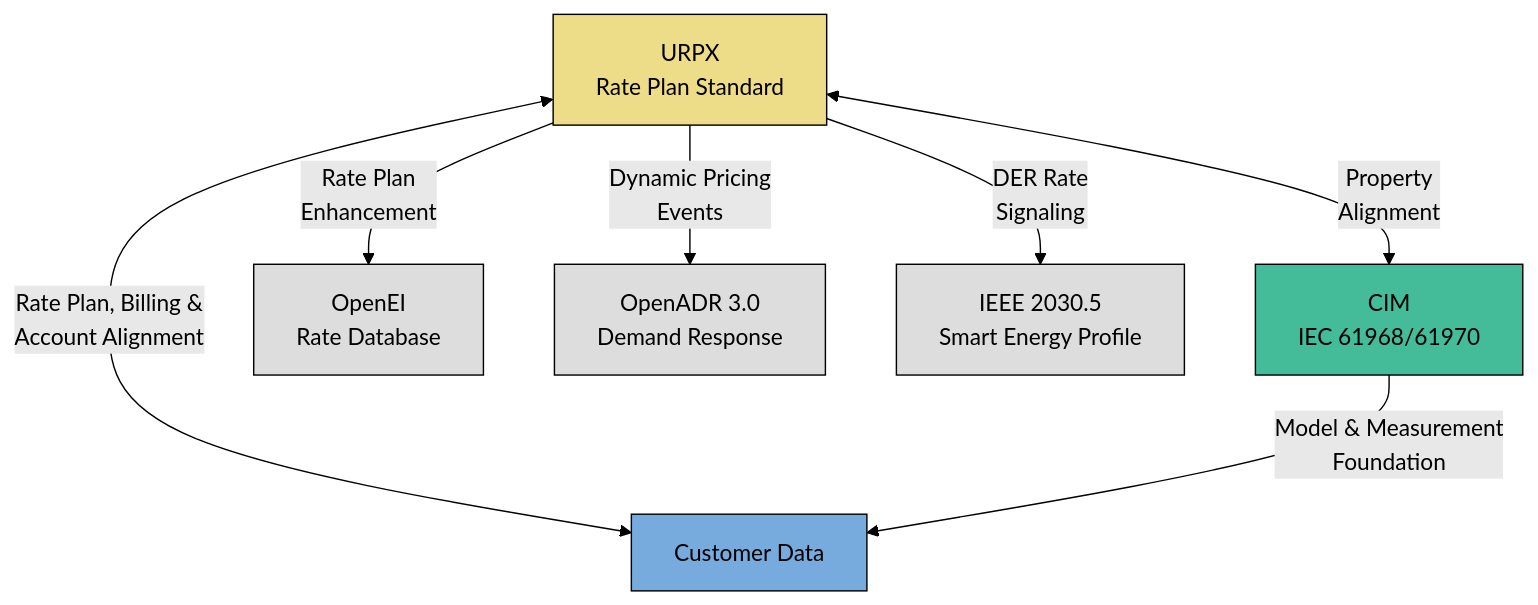
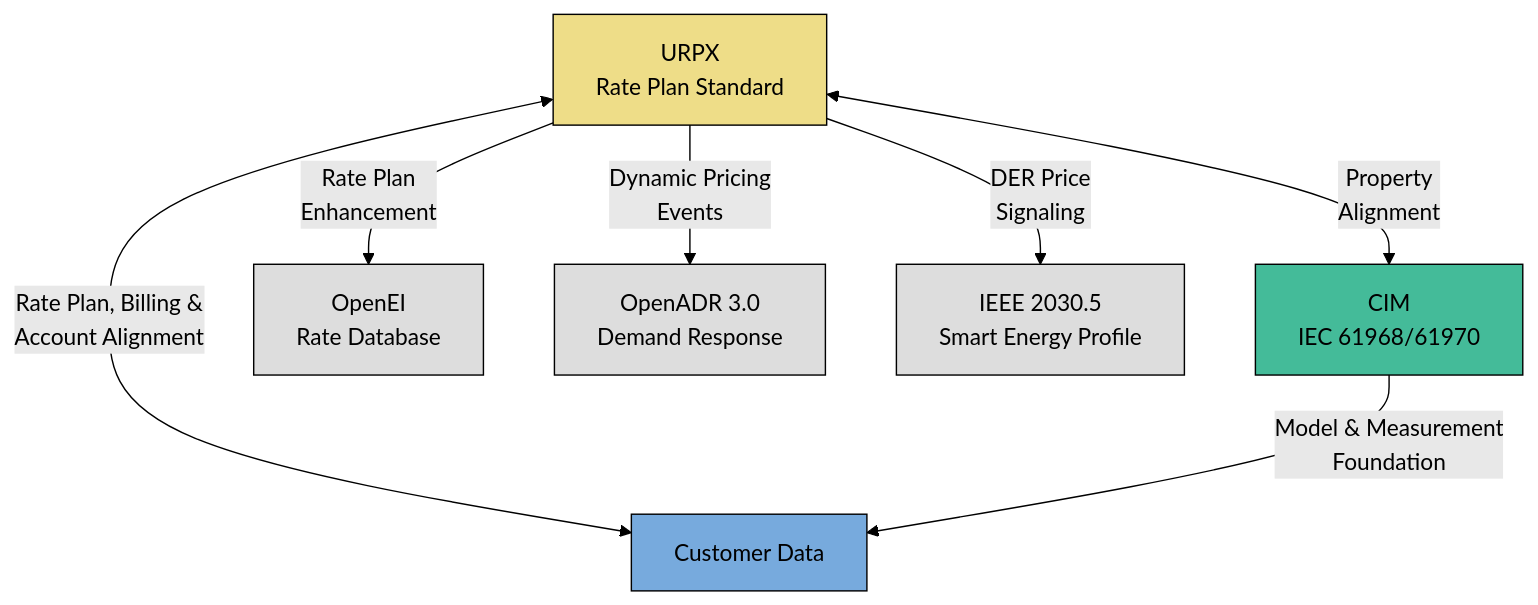
Before and after one commit to urpx-org/urpx: the first of 2 diagrams in documentation/pages/urpx-interoperability.md, drawn with Mermaid (forest theme). The commit also changed other lines of this file and 20 other files, not shown here.

````diff
--- a/documentation/pages/urpx-interoperability.md
+++ b/documentation/pages/urpx-interoperability.md
@@ -65,29 +62,29 @@
 ```mermaid
 graph TB
     %% Define styles with Paul Tol 2.7 Light colors
     classDef urpxClass fill:#EEDD88,stroke:#000,color:#000
     classDef cdClass fill:#77AADD,stroke:#000,color:#000
     classDef cimClass fill:#44BB99,stroke:#000,color:#000
     classDef otherClass fill:#DDDDDD,stroke:#000,color:#000
     
     %% URPX Core
     URPX[URPX<br/>Rate Plan Standard]:::urpxClass
     
     %% Direct Integrations
     CD[Customer Data]:::cdClass
     CIM[CIM<br/>IEC 61968/61970]:::cimClass
     
     %% Related Standards
     OpenEI[OpenEI<br/>Rate Database]:::otherClass
     OpenADR[OpenADR 3.0<br/>Demand Response]:::otherClass
     IEEE[IEEE 2030.5<br/>Smart Energy Profile]:::otherClass
     
     %% Connections
     URPX <-->|Rate Plan, Billing &<br/>Account Alignment| CD
     URPX <-->|Property<br/>Alignment| CIM
     URPX -->|Rate Plan<br/>Enhancement| OpenEI
     URPX -->|Dynamic Pricing<br/>Events| OpenADR
-    URPX -->|DER Rate<br/>Signaling| IEEE
+    URPX -->|DER Price<br/>Signaling| IEEE
     
     CIM -->|Model & Measurement<br/>Foundation| CD
 ```
````
